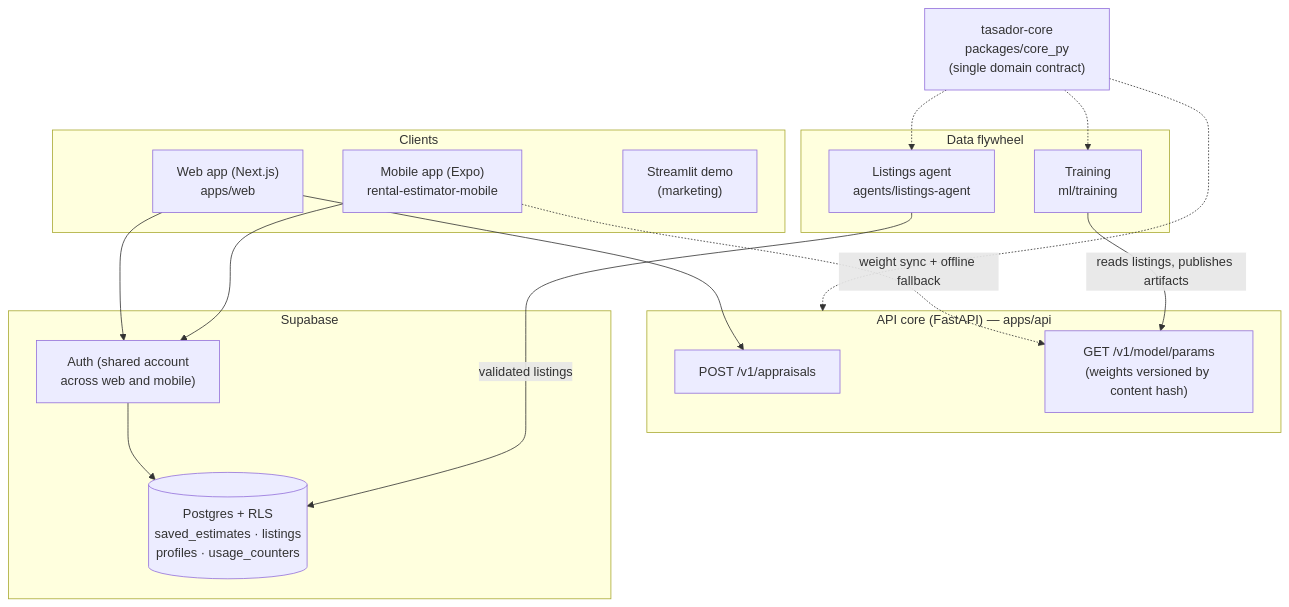
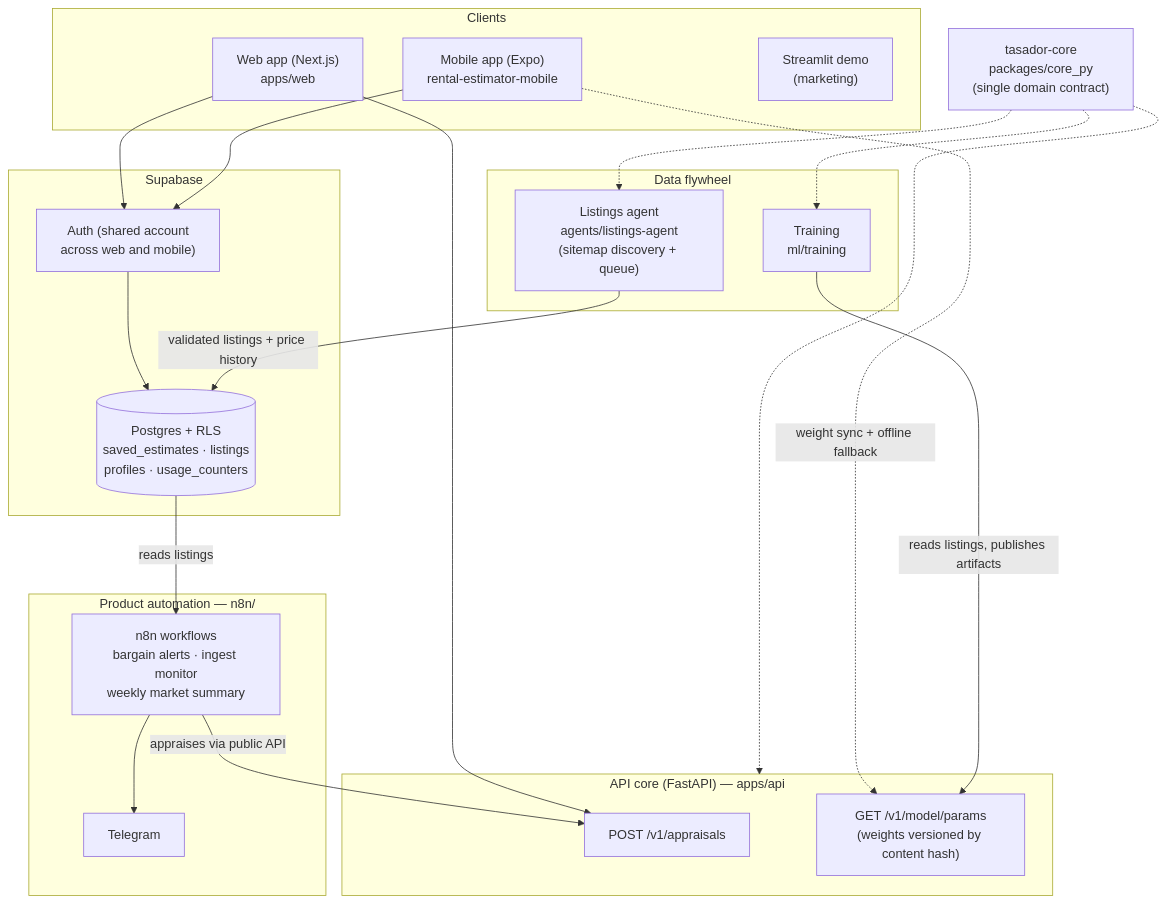
Before and after one commit to Criscarr26/tasador-sd: the diagram in README.md, drawn with Mermaid. The commit also changed other lines of this file and 13 other files, not shown here.

First line of the commit message:
Integrate the n8n layer + market history (sitemap, queue, prices)

````diff
--- a/README.md
+++ b/README.md
@@ -18,32 +18,40 @@
 ```mermaid
 flowchart TB
     subgraph Clients
         WEB["Web app (Next.js)\napps/web"]
         MOB["Mobile app (Expo)\nrental-estimator-mobile"]
         DEMO["Streamlit demo\n(marketing)"]
     end
 
     subgraph Core["API core (FastAPI) — apps/api"]
         APPR["POST /v1/appraisals"]
         MODP["GET /v1/model/params\n(weights versioned by content hash)"]
     end
 
     subgraph Supabase
         AUTH["Auth (shared account\nacross web and mobile)"]
         DB[("Postgres + RLS\nsaved_estimates · listings\nprofiles · usage_counters")]
     end
 
     subgraph Data["Data flywheel"]
-        AGENT["Listings agent\nagents/listings-agent"]
+        AGENT["Listings agent\nagents/listings-agent\n(sitemap discovery + queue)"]
         TRAIN["Training\nml/training"]
+    end
+
+    subgraph Autom["Product automation — n8n/"]
+        N8N["n8n workflows\nbargain alerts · ingest monitor\nweekly market summary"]
+        TG["Telegram"]
     end
 
     PKG["tasador-core\npackages/core_py\n(single domain contract)"]
 
     WEB --> APPR
     MOB -.->|weight sync + offline fallback| MODP
     WEB & MOB --> AUTH --> DB
-    AGENT -->|validated listings| DB
+    AGENT -->|validated listings + price history| DB
     TRAIN -->|reads listings, publishes artifacts| MODP
+    DB -->|reads listings| N8N
+    N8N -->|appraises via public API| APPR
+    N8N --> TG
     PKG -.-> Core & AGENT & TRAIN
 ```
````
